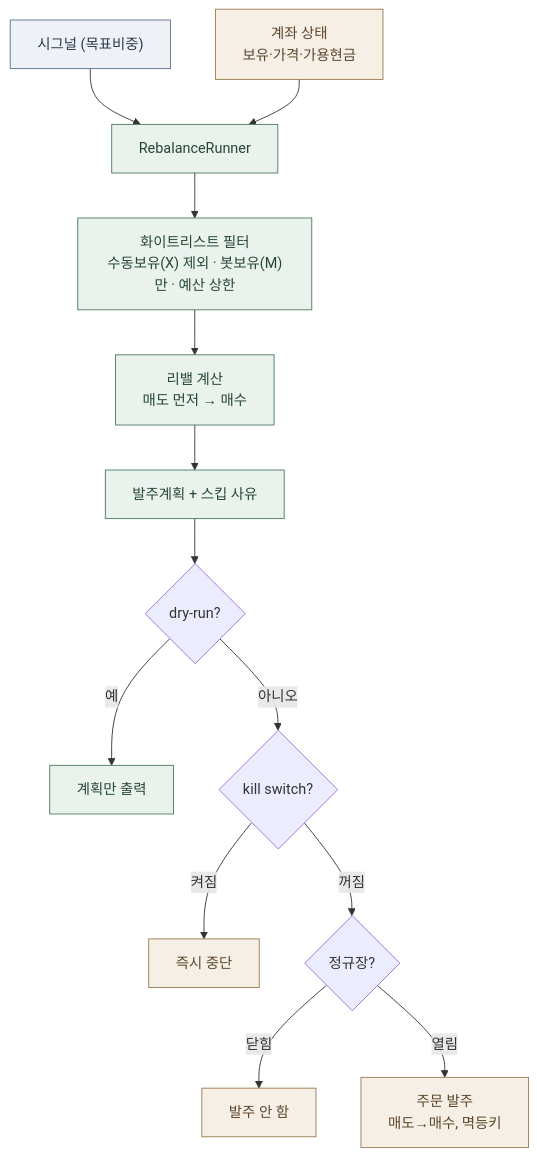
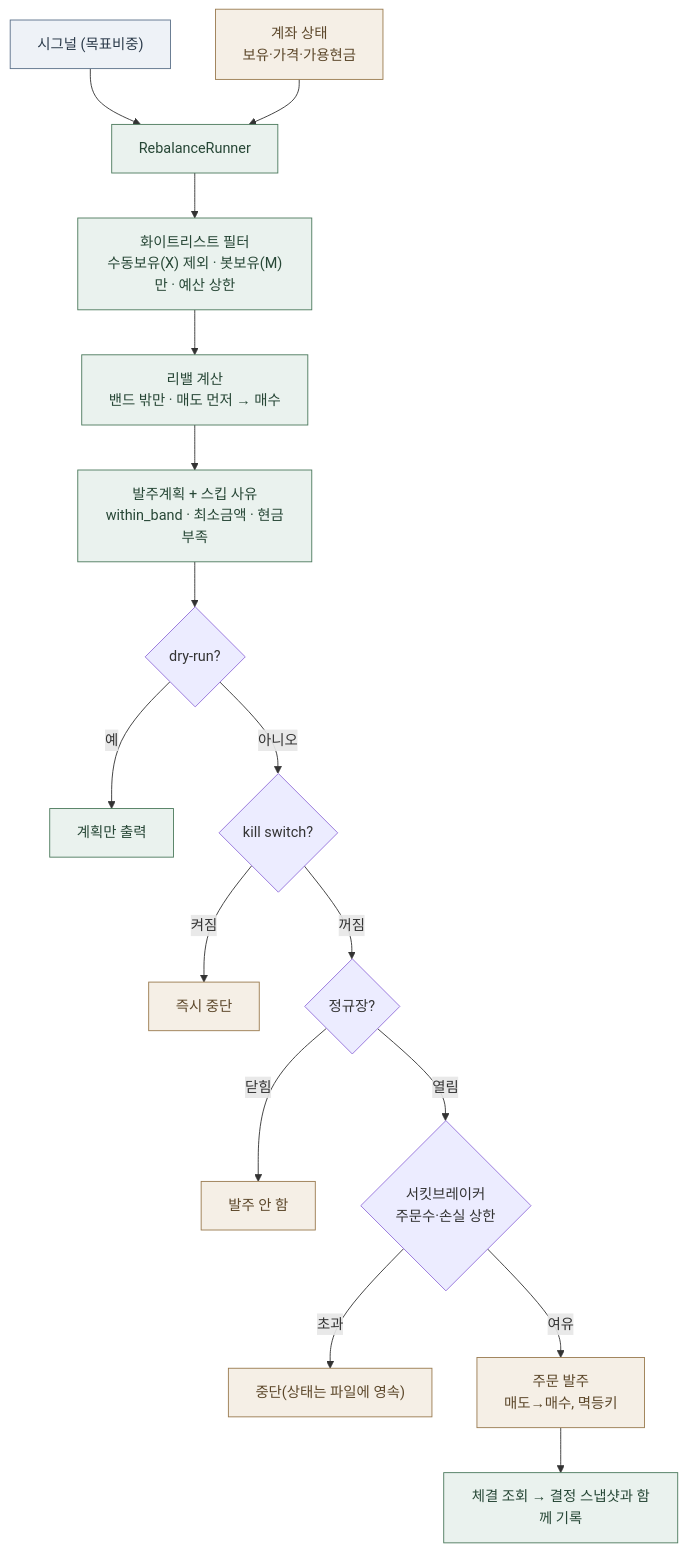
One commit to perfectwan8765/auto-stock-trader changed the third of 3 diagrams in README.md. Above: the diagram before and after it, drawn with Mermaid. The commit also changed other lines of this file, not shown here.

First line of the commit message:
docs(readme): 현행화 — Phase 5.5·밴드·서킷브레이커 영속·보안 항목

````diff
--- a/README.md
+++ b/README.md
@@ -100,19 +100,22 @@
 ```mermaid
 flowchart TD
   S["시그널 (목표비중)"]:::model --> R
   BK["계좌 상태<br/>보유·가격·가용현금"]:::broker --> R["RebalanceRunner"]:::exec
   R --> F["화이트리스트 필터<br/>수동보유(X) 제외 · 봇보유(M)만 · 예산 상한"]:::exec
-  F --> C["리밸 계산<br/>매도 먼저 → 매수"]:::exec
-  C --> P["발주계획 + 스킵 사유"]:::exec
+  F --> C["리밸 계산<br/>밴드 밖만 · 매도 먼저 → 매수"]:::exec
+  C --> P["발주계획 + 스킵 사유<br/>within_band · 최소금액 · 현금부족"]:::exec
   P --> DR{"dry-run?"}
   DR -->|"예"| OUT["계획만 출력"]:::exec
   DR -->|"아니오"| K{"kill switch?"}
   K -->|"켜짐"| STOP["즉시 중단"]:::broker
   K -->|"꺼짐"| MK{"정규장?"}
   MK -->|"닫힘"| AB["발주 안 함"]:::broker
-  MK -->|"열림"| PL["주문 발주<br/>매도→매수, 멱등키"]:::broker
+  MK -->|"열림"| CB{"서킷브레이커<br/>주문수·손실 상한"}
+  CB -->|"초과"| TR["중단(상태는 파일에 영속)"]:::broker
+  CB -->|"여유"| PL["주문 발주<br/>매도→매수, 멱등키"]:::broker
+  PL --> FQ["체결 조회 → 결정 스냅샷과 함께 기록"]:::exec
 
   classDef model fill:#eef2f7,stroke:#5b7089,color:#2b3a4a
   classDef exec fill:#eaf2ee,stroke:#4c7a5d,color:#274736
   classDef broker fill:#f5efe6,stroke:#9a7b4f,color:#5c472a
 ```
````
